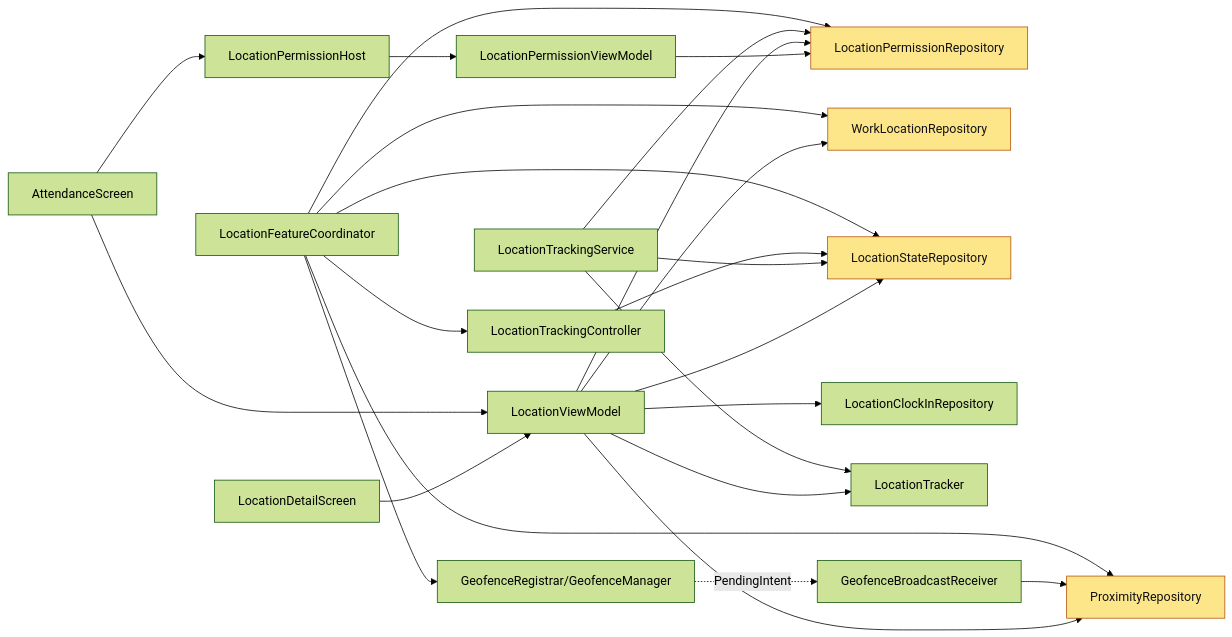
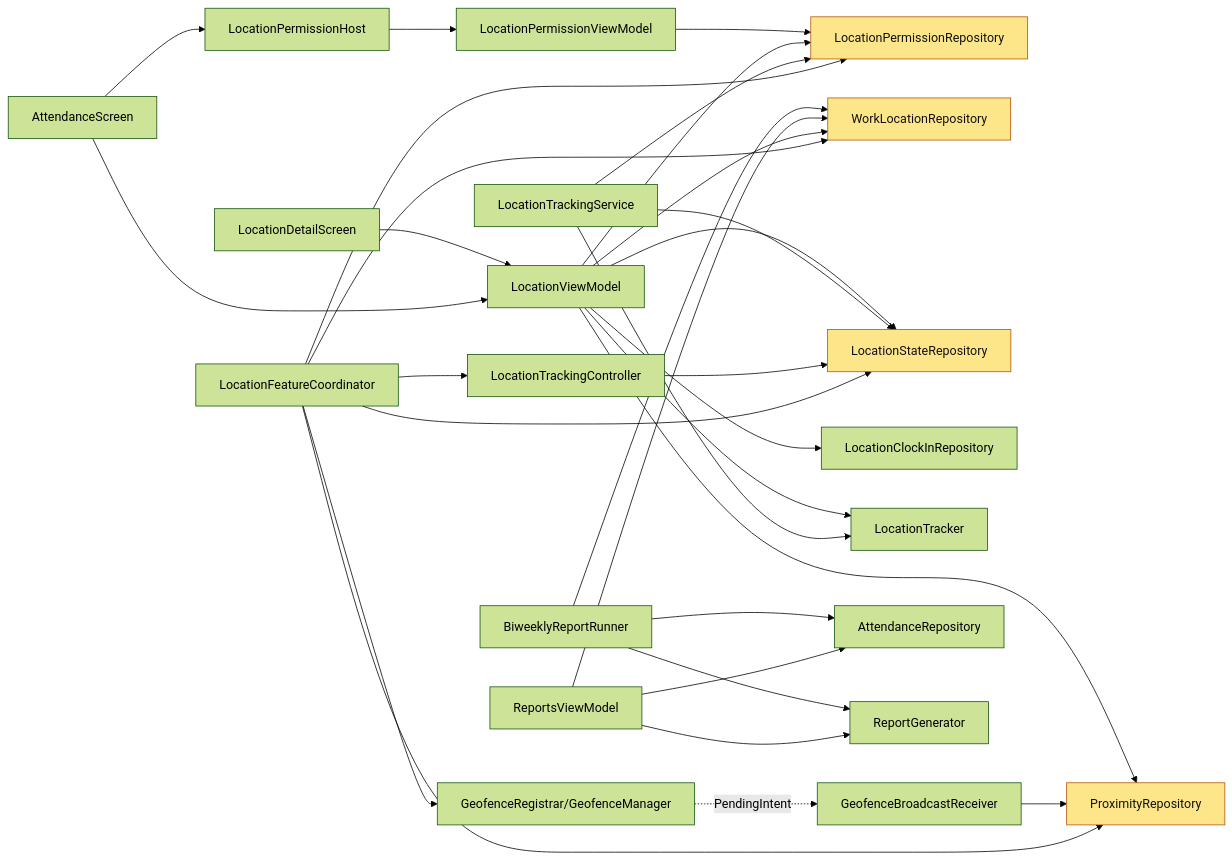
Before and after one commit to jaustinjr-code/employee-attendance-android: the eighth of 8 diagrams in docs/architecture/class-diagrams.md, drawn with Mermaid (forest theme). The commit also changed other lines of this file and 25 other files, not shown here.

````diff
--- a/docs/architecture/class-diagrams.md
+++ b/docs/architecture/class-diagrams.md
@@ -491,46 +566,56 @@
 ```mermaid
 graph LR
     LPR[LocationPermissionRepository]
     WLR[WorkLocationRepository]
     LSR[LocationStateRepository]
     PR[ProximityRepository]
     LCIR[LocationClockInRepository]
     LT[LocationTracker]
     LTC[LocationTrackingController]
     GR[GeofenceRegistrar/GeofenceManager]
     LFC[LocationFeatureCoordinator]
     LTS[LocationTrackingService]
     GBR[GeofenceBroadcastReceiver]
     LVM[LocationViewModel]
     LPVM[LocationPermissionViewModel]
     HOST[LocationPermissionHost]
     AS[AttendanceScreen]
     LDS[LocationDetailScreen]
+    ATR[AttendanceRepository]
+    RVM[ReportsViewModel]
+    RG[ReportGenerator]
+    BRR[BiweeklyReportRunner]
 
     LFC --> LPR
     LFC --> WLR
     LFC --> LTC
     LFC --> GR
     LFC --> LSR
     LFC --> PR
     LTC --> LSR
     LTS --> LT
     LTS --> LSR
     LTS --> LPR
     GBR --> PR
     GR -.->|PendingIntent| GBR
     LVM --> WLR
     LVM --> PR
     LVM --> LSR
     LVM --> LPR
     LVM --> LT
     LVM --> LCIR
     LPVM --> LPR
     HOST --> LPVM
     AS --> LVM
     AS --> HOST
     LDS --> LVM
+    RVM --> ATR
+    RVM --> WLR
+    RVM --> RG
+    BRR --> ATR
+    BRR --> WLR
+    BRR --> RG
 
     classDef hub fill:#fde68a,stroke:#b45309,color:#111
     class LPR,PR,LSR,WLR hub
 ```
````
